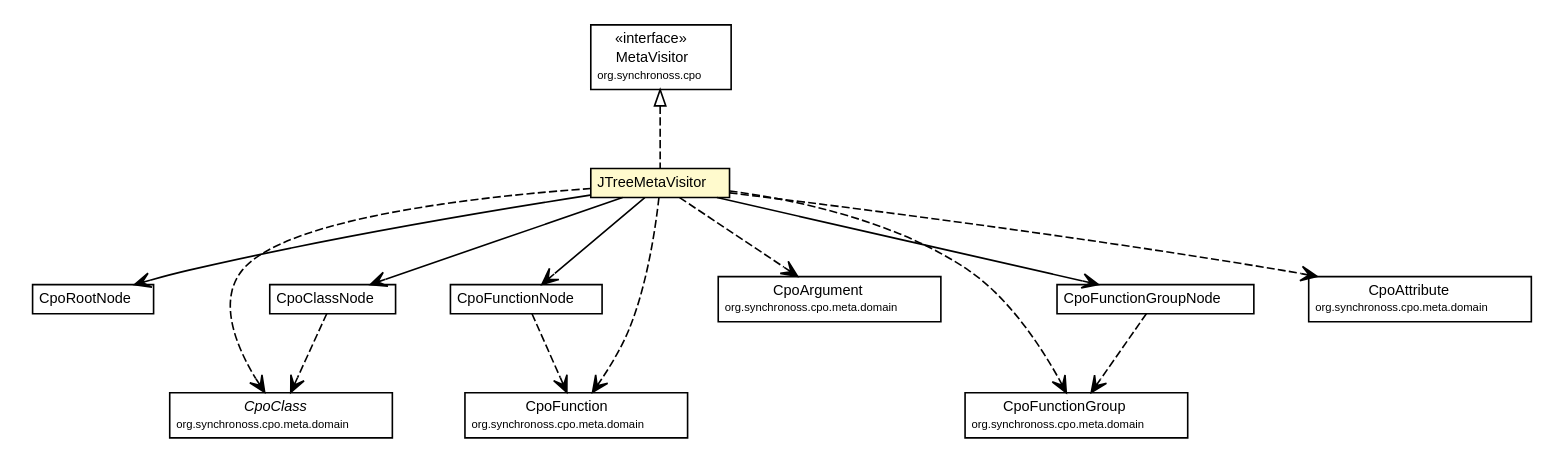
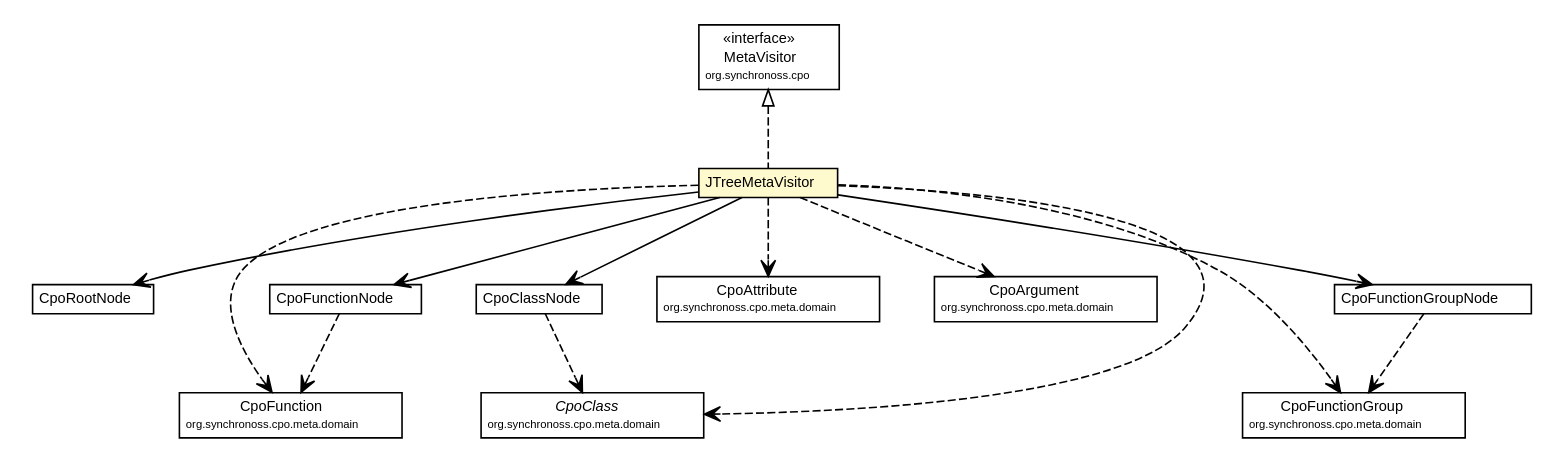
One commit to synchronoss/cpo-util changed the diagram in site/apidocs/org/synchronoss/cpo/util/JTreeMetaVisitor.dot. Above: the diagram before and after it, drawn with Graphviz. The commit also changed 290 other files, not shown here.

Commit message:
Creating site for cpoUtil, 5.1.1-SNAPSHOT

```diff
--- a/site/apidocs/org/synchronoss/cpo/util/JTreeMetaVisitor.dot
+++ b/site/apidocs/org/synchronoss/cpo/util/JTreeMetaVisitor.dot
@@ -1,109 +1,109 @@
 #!/usr/local/bin/dot
 #
 # Class diagram 
 # Generated by UmlGraph version 4.6 (http://www.spinellis.gr/sw/umlgraph)
 #
 
 digraph G {
 	edge [fontname="Helvetica",fontsize=10,labelfontname="Helvetica",labelfontsize=10];
 	node [fontname="Helvetica",fontsize=10,shape=plaintext];
 	// org.synchronoss.cpo.util.JTreeMetaVisitor
 	c1707 [label=<<table border="0" cellborder="1" cellspacing="0" cellpadding="2" port="p" bgcolor="lemonChiffon" href="./JTreeMetaVisitor.html">
 		<tr><td><table border="0" cellspacing="0" cellpadding="1">
 			<tr><td> JTreeMetaVisitor </td></tr>
 		</table></td></tr>
 		</table>>, fontname="Helvetica", fontcolor="black", fontsize=9.0];
 	// org.synchronoss.cpo.util.CpoRootNode
 	c1715 [label=<<table border="0" cellborder="1" cellspacing="0" cellpadding="2" port="p" href="./CpoRootNode.html">
 		<tr><td><table border="0" cellspacing="0" cellpadding="1">
 			<tr><td> CpoRootNode </td></tr>
 		</table></td></tr>
 		</table>>, fontname="Helvetica", fontcolor="black", fontsize=9.0];
 	// org.synchronoss.cpo.util.CpoFunctionNode
 	c1721 [label=<<table border="0" cellborder="1" cellspacing="0" cellpadding="2" port="p" href="./CpoFunctionNode.html">
 		<tr><td><table border="0" cellspacing="0" cellpadding="1">
 			<tr><td> CpoFunctionNode </td></tr>
 		</table></td></tr>
 		</table>>, fontname="Helvetica", fontcolor="black", fontsize=9.0];
 	// org.synchronoss.cpo.util.CpoClassNode
 	c1723 [label=<<table border="0" cellborder="1" cellspacing="0" cellpadding="2" port="p" href="./CpoClassNode.html">
 		<tr><td><table border="0" cellspacing="0" cellpadding="1">
 			<tr><td> CpoClassNode </td></tr>
 		</table></td></tr>
 		</table>>, fontname="Helvetica", fontcolor="black", fontsize=9.0];
 	// org.synchronoss.cpo.util.CpoFunctionGroupNode
 	c1728 [label=<<table border="0" cellborder="1" cellspacing="0" cellpadding="2" port="p" href="./CpoFunctionGroupNode.html">
 		<tr><td><table border="0" cellspacing="0" cellpadding="1">
 			<tr><td> CpoFunctionGroupNode </td></tr>
 		</table></td></tr>
 		</table>>, fontname="Helvetica", fontcolor="black", fontsize=9.0];
 	//org.synchronoss.cpo.util.JTreeMetaVisitor implements org.synchronoss.cpo.MetaVisitor
 	c1764:p -> c1707:p [dir=back,arrowtail=empty,style=dashed];
 	// org.synchronoss.cpo.util.JTreeMetaVisitor NAVASSOC org.synchronoss.cpo.util.CpoRootNode
 	c1707:p -> c1715:p [taillabel="", label="", headlabel="", fontname="Helvetica", fontcolor="black", fontsize=10.0, color="black", arrowhead=open];
 	// org.synchronoss.cpo.util.JTreeMetaVisitor NAVASSOC org.synchronoss.cpo.util.CpoClassNode
 	c1707:p -> c1723:p [taillabel="", label="", headlabel="", fontname="Helvetica", fontcolor="black", fontsize=10.0, color="black", arrowhead=open];
 	// org.synchronoss.cpo.util.JTreeMetaVisitor NAVASSOC org.synchronoss.cpo.util.CpoFunctionGroupNode
 	c1707:p -> c1728:p [taillabel="", label="", headlabel="", fontname="Helvetica", fontcolor="black", fontsize=10.0, color="black", arrowhead=open];
 	// org.synchronoss.cpo.util.JTreeMetaVisitor NAVASSOC org.synchronoss.cpo.util.CpoFunctionNode
 	c1707:p -> c1721:p [taillabel="", label="", headlabel="", fontname="Helvetica", fontcolor="black", fontsize=10.0, color="black", arrowhead=open];
-	// org.synchronoss.cpo.util.JTreeMetaVisitor DEPEND org.synchronoss.cpo.meta.domain.CpoClass
+	// org.synchronoss.cpo.util.JTreeMetaVisitor DEPEND org.synchronoss.cpo.meta.domain.CpoAttribute
 	c1707:p -> c1765:p [taillabel="", label="", headlabel="", fontname="Helvetica", fontcolor="black", fontsize=10.0, color="black", arrowhead=open, style=dashed];
 	// org.synchronoss.cpo.util.JTreeMetaVisitor DEPEND org.synchronoss.cpo.meta.domain.CpoArgument
 	c1707:p -> c1766:p [taillabel="", label="", headlabel="", fontname="Helvetica", fontcolor="black", fontsize=10.0, color="black", arrowhead=open, style=dashed];
+	// org.synchronoss.cpo.util.JTreeMetaVisitor DEPEND org.synchronoss.cpo.meta.domain.CpoFunction
+	c1707:p -> c1767:p [taillabel="", label="", headlabel="", fontname="Helvetica", fontcolor="black", fontsize=10.0, color="black", arrowhead=open, style=dashed];
 	// org.synchronoss.cpo.util.JTreeMetaVisitor DEPEND org.synchronoss.cpo.meta.domain.CpoFunctionGroup
-	c1707:p -> c1768:p [taillabel="", label="", headlabel="", fontname="Helvetica", fontcolor="black", fontsize=10.0, color="black", arrowhead=open, style=dashed];
-	// org.synchronoss.cpo.util.JTreeMetaVisitor DEPEND org.synchronoss.cpo.meta.domain.CpoFunction
 	c1707:p -> c1769:p [taillabel="", label="", headlabel="", fontname="Helvetica", fontcolor="black", fontsize=10.0, color="black", arrowhead=open, style=dashed];
-	// org.synchronoss.cpo.util.JTreeMetaVisitor DEPEND org.synchronoss.cpo.meta.domain.CpoAttribute
+	// org.synchronoss.cpo.util.JTreeMetaVisitor DEPEND org.synchronoss.cpo.meta.domain.CpoClass
 	c1707:p -> c1770:p [taillabel="", label="", headlabel="", fontname="Helvetica", fontcolor="black", fontsize=10.0, color="black", arrowhead=open, style=dashed];
 	// org.synchronoss.cpo.util.CpoFunctionNode DEPEND org.synchronoss.cpo.meta.domain.CpoFunction
-	c1721:p -> c1769:p [taillabel="", label="", headlabel="", fontname="Helvetica", fontcolor="black", fontsize=10.0, color="black", arrowhead=open, style=dashed];
+	c1721:p -> c1767:p [taillabel="", label="", headlabel="", fontname="Helvetica", fontcolor="black", fontsize=10.0, color="black", arrowhead=open, style=dashed];
 	// org.synchronoss.cpo.util.CpoClassNode DEPEND org.synchronoss.cpo.meta.domain.CpoClass
-	c1723:p -> c1765:p [taillabel="", label="", headlabel="", fontname="Helvetica", fontcolor="black", fontsize=10.0, color="black", arrowhead=open, style=dashed];
+	c1723:p -> c1770:p [taillabel="", label="", headlabel="", fontname="Helvetica", fontcolor="black", fontsize=10.0, color="black", arrowhead=open, style=dashed];
 	// org.synchronoss.cpo.util.CpoFunctionGroupNode DEPEND org.synchronoss.cpo.meta.domain.CpoFunctionGroup
-	c1728:p -> c1768:p [taillabel="", label="", headlabel="", fontname="Helvetica", fontcolor="black", fontsize=10.0, color="black", arrowhead=open, style=dashed];
+	c1728:p -> c1769:p [taillabel="", label="", headlabel="", fontname="Helvetica", fontcolor="black", fontsize=10.0, color="black", arrowhead=open, style=dashed];
 	// org.synchronoss.cpo.meta.domain.CpoClass
-	c1765 [label=<<table border="0" cellborder="1" cellspacing="0" cellpadding="2" port="p" href="http://java.sun.com/j2se/1.4.2/docs/api/org/synchronoss/cpo/meta/domain/CpoClass.html">
+	c1770 [label=<<table border="0" cellborder="1" cellspacing="0" cellpadding="2" port="p" href="http://java.sun.com/j2se/1.4.2/docs/api/org/synchronoss/cpo/meta/domain/CpoClass.html">
 		<tr><td><table border="0" cellspacing="0" cellpadding="1">
 			<tr><td><font face="Helvetica-Oblique"> CpoClass </font></td></tr>
 			<tr><td><font point-size="7.0"> org.synchronoss.cpo.meta.domain </font></td></tr>
 		</table></td></tr>
 		</table>>, fontname="Helvetica", fontcolor="black", fontsize=9.0];
 	// org.synchronoss.cpo.meta.domain.CpoArgument
 	c1766 [label=<<table border="0" cellborder="1" cellspacing="0" cellpadding="2" port="p" href="http://java.sun.com/j2se/1.4.2/docs/api/org/synchronoss/cpo/meta/domain/CpoArgument.html">
 		<tr><td><table border="0" cellspacing="0" cellpadding="1">
 			<tr><td> CpoArgument </td></tr>
 			<tr><td><font point-size="7.0"> org.synchronoss.cpo.meta.domain </font></td></tr>
 		</table></td></tr>
 		</table>>, fontname="Helvetica", fontcolor="black", fontsize=9.0];
 	// org.synchronoss.cpo.meta.domain.CpoAttribute
-	c1770 [label=<<table border="0" cellborder="1" cellspacing="0" cellpadding="2" port="p" href="http://java.sun.com/j2se/1.4.2/docs/api/org/synchronoss/cpo/meta/domain/CpoAttribute.html">
+	c1765 [label=<<table border="0" cellborder="1" cellspacing="0" cellpadding="2" port="p" href="http://java.sun.com/j2se/1.4.2/docs/api/org/synchronoss/cpo/meta/domain/CpoAttribute.html">
 		<tr><td><table border="0" cellspacing="0" cellpadding="1">
 			<tr><td> CpoAttribute </td></tr>
 			<tr><td><font point-size="7.0"> org.synchronoss.cpo.meta.domain </font></td></tr>
 		</table></td></tr>
 		</table>>, fontname="Helvetica", fontcolor="black", fontsize=9.0];
 	// org.synchronoss.cpo.meta.domain.CpoFunction
-	c1769 [label=<<table border="0" cellborder="1" cellspacing="0" cellpadding="2" port="p" href="http://java.sun.com/j2se/1.4.2/docs/api/org/synchronoss/cpo/meta/domain/CpoFunction.html">
+	c1767 [label=<<table border="0" cellborder="1" cellspacing="0" cellpadding="2" port="p" href="http://java.sun.com/j2se/1.4.2/docs/api/org/synchronoss/cpo/meta/domain/CpoFunction.html">
 		<tr><td><table border="0" cellspacing="0" cellpadding="1">
 			<tr><td> CpoFunction </td></tr>
 			<tr><td><font point-size="7.0"> org.synchronoss.cpo.meta.domain </font></td></tr>
 		</table></td></tr>
 		</table>>, fontname="Helvetica", fontcolor="black", fontsize=9.0];
 	// org.synchronoss.cpo.meta.domain.CpoFunctionGroup
-	c1768 [label=<<table border="0" cellborder="1" cellspacing="0" cellpadding="2" port="p" href="http://java.sun.com/j2se/1.4.2/docs/api/org/synchronoss/cpo/meta/domain/CpoFunctionGroup.html">
+	c1769 [label=<<table border="0" cellborder="1" cellspacing="0" cellpadding="2" port="p" href="http://java.sun.com/j2se/1.4.2/docs/api/org/synchronoss/cpo/meta/domain/CpoFunctionGroup.html">
 		<tr><td><table border="0" cellspacing="0" cellpadding="1">
 			<tr><td> CpoFunctionGroup </td></tr>
 			<tr><td><font point-size="7.0"> org.synchronoss.cpo.meta.domain </font></td></tr>
 		</table></td></tr>
 		</table>>, fontname="Helvetica", fontcolor="black", fontsize=9.0];
 	// org.synchronoss.cpo.MetaVisitor
 	c1764 [label=<<table border="0" cellborder="1" cellspacing="0" cellpadding="2" port="p" href="http://java.sun.com/j2se/1.4.2/docs/api/org/synchronoss/cpo/MetaVisitor.html">
 		<tr><td><table border="0" cellspacing="0" cellpadding="1">
 			<tr><td> &laquo;interface&raquo; </td></tr>
 			<tr><td> MetaVisitor </td></tr>
 			<tr><td><font point-size="7.0"> org.synchronoss.cpo </font></td></tr>
 		</table></td></tr>
 		</table>>, fontname="Helvetica", fontcolor="black", fontsize=9.0];
 }
```
